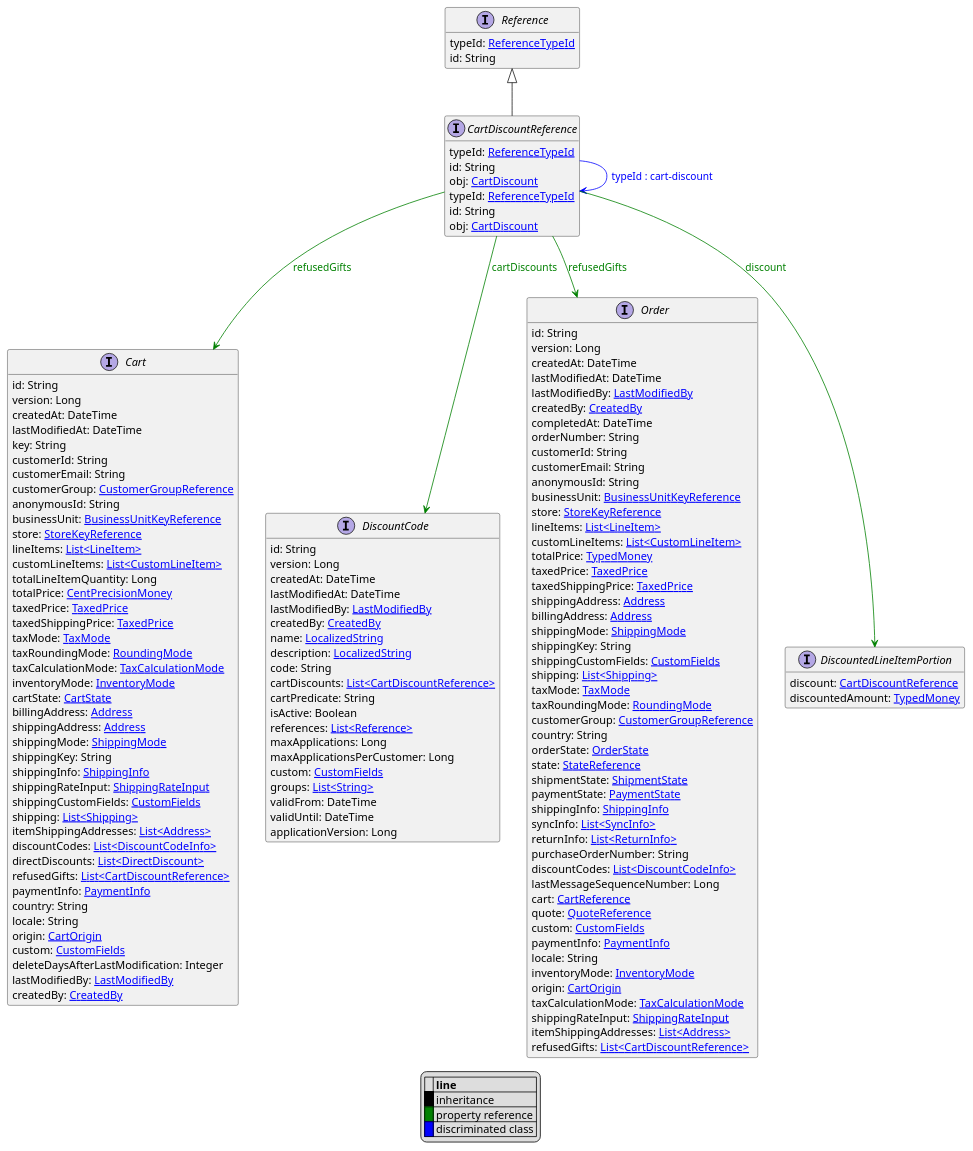
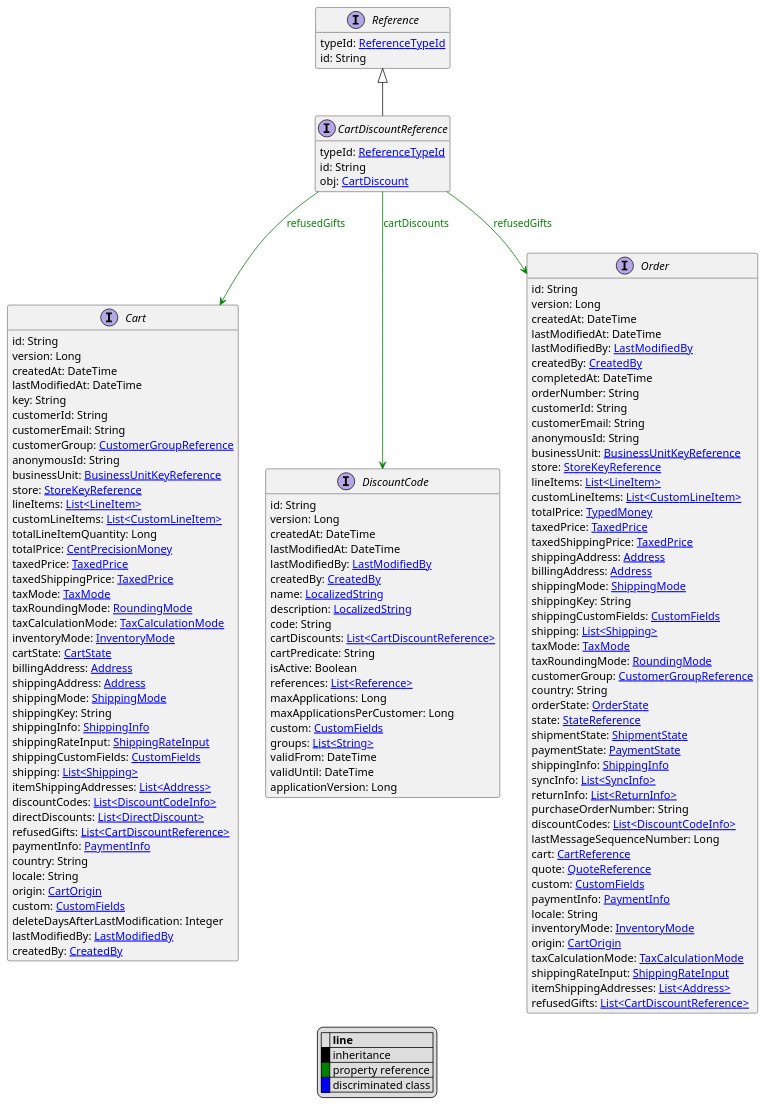
One commit to commercetools/commercetools-api-reference changed the diagram in uml/api/CartDiscountReference.puml. Above: the diagram before and after it, drawn with PlantUML. The commit also changed 12 other files, not shown here.

```diff
--- a/uml/api/CartDiscountReference.puml
+++ b/uml/api/CartDiscountReference.puml
@@ -1,152 +1,143 @@
 @startuml
 
 hide empty fields
 hide empty methods
 legend
 |= |= line |
 |<back:black>   </back>| inheritance |
 |<back:green>   </back>| property reference |
 |<back:blue>   </back>| discriminated class |
 endlegend
 interface CartDiscountReference [[CartDiscountReference.svg]] extends Reference {
     typeId: [[ReferenceTypeId.svg ReferenceTypeId]]
     id: String
     obj: [[CartDiscount.svg CartDiscount]]
 }
 interface Reference [[Reference.svg]]  {
     typeId: [[ReferenceTypeId.svg ReferenceTypeId]]
     id: String
 }
 
-interface CartDiscountReference [[CartDiscountReference.svg]]  {
-    typeId: [[ReferenceTypeId.svg ReferenceTypeId]]
-    id: String
-    obj: [[CartDiscount.svg CartDiscount]]
-}
+
 interface Cart [[Cart.svg]]  {
     id: String
     version: Long
     createdAt: DateTime
     lastModifiedAt: DateTime
     key: String
     customerId: String
     customerEmail: String
     customerGroup: [[CustomerGroupReference.svg CustomerGroupReference]]
     anonymousId: String
     businessUnit: [[BusinessUnitKeyReference.svg BusinessUnitKeyReference]]
     store: [[StoreKeyReference.svg StoreKeyReference]]
     lineItems: [[LineItem.svg List<LineItem>]]
     customLineItems: [[CustomLineItem.svg List<CustomLineItem>]]
     totalLineItemQuantity: Long
     totalPrice: [[CentPrecisionMoney.svg CentPrecisionMoney]]
     taxedPrice: [[TaxedPrice.svg TaxedPrice]]
     taxedShippingPrice: [[TaxedPrice.svg TaxedPrice]]
     taxMode: [[TaxMode.svg TaxMode]]
     taxRoundingMode: [[RoundingMode.svg RoundingMode]]
     taxCalculationMode: [[TaxCalculationMode.svg TaxCalculationMode]]
     inventoryMode: [[InventoryMode.svg InventoryMode]]
     cartState: [[CartState.svg CartState]]
     billingAddress: [[Address.svg Address]]
     shippingAddress: [[Address.svg Address]]
     shippingMode: [[ShippingMode.svg ShippingMode]]
     shippingKey: String
     shippingInfo: [[ShippingInfo.svg ShippingInfo]]
     shippingRateInput: [[ShippingRateInput.svg ShippingRateInput]]
     shippingCustomFields: [[CustomFields.svg CustomFields]]
     shipping: [[Shipping.svg List<Shipping>]]
     itemShippingAddresses: [[Address.svg List<Address>]]
     discountCodes: [[DiscountCodeInfo.svg List<DiscountCodeInfo>]]
     directDiscounts: [[DirectDiscount.svg List<DirectDiscount>]]
     refusedGifts: [[CartDiscountReference.svg List<CartDiscountReference>]]
     paymentInfo: [[PaymentInfo.svg PaymentInfo]]
     country: String
     locale: String
     origin: [[CartOrigin.svg CartOrigin]]
     custom: [[CustomFields.svg CustomFields]]
     deleteDaysAfterLastModification: Integer
     lastModifiedBy: [[LastModifiedBy.svg LastModifiedBy]]
     createdBy: [[CreatedBy.svg CreatedBy]]
 }
 interface DiscountCode [[DiscountCode.svg]]  {
     id: String
     version: Long
     createdAt: DateTime
     lastModifiedAt: DateTime
     lastModifiedBy: [[LastModifiedBy.svg LastModifiedBy]]
     createdBy: [[CreatedBy.svg CreatedBy]]
     name: [[LocalizedString.svg LocalizedString]]
     description: [[LocalizedString.svg LocalizedString]]
     code: String
     cartDiscounts: [[CartDiscountReference.svg List<CartDiscountReference>]]
     cartPredicate: String
     isActive: Boolean
     references: [[Reference.svg List<Reference>]]
     maxApplications: Long
     maxApplicationsPerCustomer: Long
     custom: [[CustomFields.svg CustomFields]]
     groups: [[String.svg List<String>]]
     validFrom: DateTime
     validUntil: DateTime
     applicationVersion: Long
 }
 interface Order [[Order.svg]]  {
     id: String
     version: Long
     createdAt: DateTime
     lastModifiedAt: DateTime
     lastModifiedBy: [[LastModifiedBy.svg LastModifiedBy]]
     createdBy: [[CreatedBy.svg CreatedBy]]
     completedAt: DateTime
     orderNumber: String
     customerId: String
     customerEmail: String
     anonymousId: String
     businessUnit: [[BusinessUnitKeyReference.svg BusinessUnitKeyReference]]
     store: [[StoreKeyReference.svg StoreKeyReference]]
     lineItems: [[LineItem.svg List<LineItem>]]
     customLineItems: [[CustomLineItem.svg List<CustomLineItem>]]
     totalPrice: [[TypedMoney.svg TypedMoney]]
     taxedPrice: [[TaxedPrice.svg TaxedPrice]]
     taxedShippingPrice: [[TaxedPrice.svg TaxedPrice]]
     shippingAddress: [[Address.svg Address]]
     billingAddress: [[Address.svg Address]]
     shippingMode: [[ShippingMode.svg ShippingMode]]
     shippingKey: String
     shippingCustomFields: [[CustomFields.svg CustomFields]]
     shipping: [[Shipping.svg List<Shipping>]]
     taxMode: [[TaxMode.svg TaxMode]]
     taxRoundingMode: [[RoundingMode.svg RoundingMode]]
     customerGroup: [[CustomerGroupReference.svg CustomerGroupReference]]
     country: String
     orderState: [[OrderState.svg OrderState]]
     state: [[StateReference.svg StateReference]]
     shipmentState: [[ShipmentState.svg ShipmentState]]
     paymentState: [[PaymentState.svg PaymentState]]
     shippingInfo: [[ShippingInfo.svg ShippingInfo]]
     syncInfo: [[SyncInfo.svg List<SyncInfo>]]
     returnInfo: [[ReturnInfo.svg List<ReturnInfo>]]
     purchaseOrderNumber: String
     discountCodes: [[DiscountCodeInfo.svg List<DiscountCodeInfo>]]
     lastMessageSequenceNumber: Long
     cart: [[CartReference.svg CartReference]]
     quote: [[QuoteReference.svg QuoteReference]]
     custom: [[CustomFields.svg CustomFields]]
     paymentInfo: [[PaymentInfo.svg PaymentInfo]]
     locale: String
     inventoryMode: [[InventoryMode.svg InventoryMode]]
     origin: [[CartOrigin.svg CartOrigin]]
     taxCalculationMode: [[TaxCalculationMode.svg TaxCalculationMode]]
     shippingRateInput: [[ShippingRateInput.svg ShippingRateInput]]
     itemShippingAddresses: [[Address.svg List<Address>]]
     refusedGifts: [[CartDiscountReference.svg List<CartDiscountReference>]]
 }
-interface DiscountedLineItemPortion [[DiscountedLineItemPortion.svg]]  {
-    discount: [[CartDiscountReference.svg CartDiscountReference]]
-    discountedAmount: [[TypedMoney.svg TypedMoney]]
-}
-CartDiscountReference --> CartDiscountReference #blue;text:blue : "typeId : cart-discount"
+
 CartDiscountReference --> Cart #green;text:green : "refusedGifts"
 CartDiscountReference --> DiscountCode #green;text:green : "cartDiscounts"
 CartDiscountReference --> Order #green;text:green : "refusedGifts"
-CartDiscountReference --> DiscountedLineItemPortion #green;text:green : "discount"
 @enduml
```
